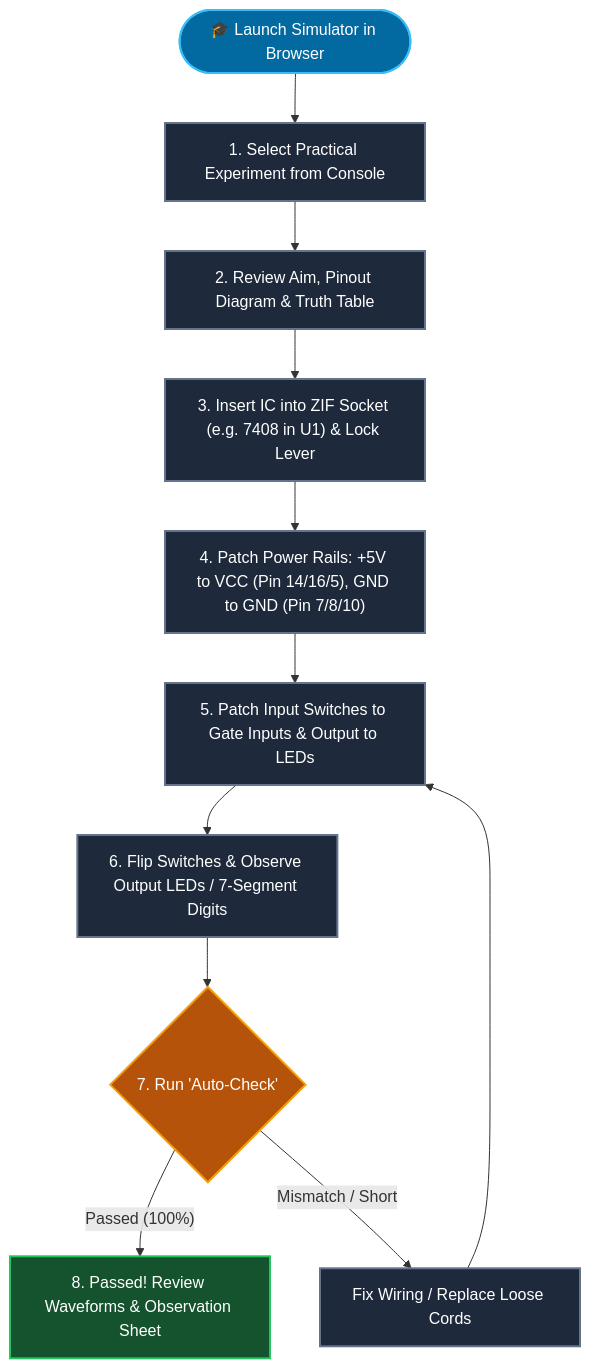
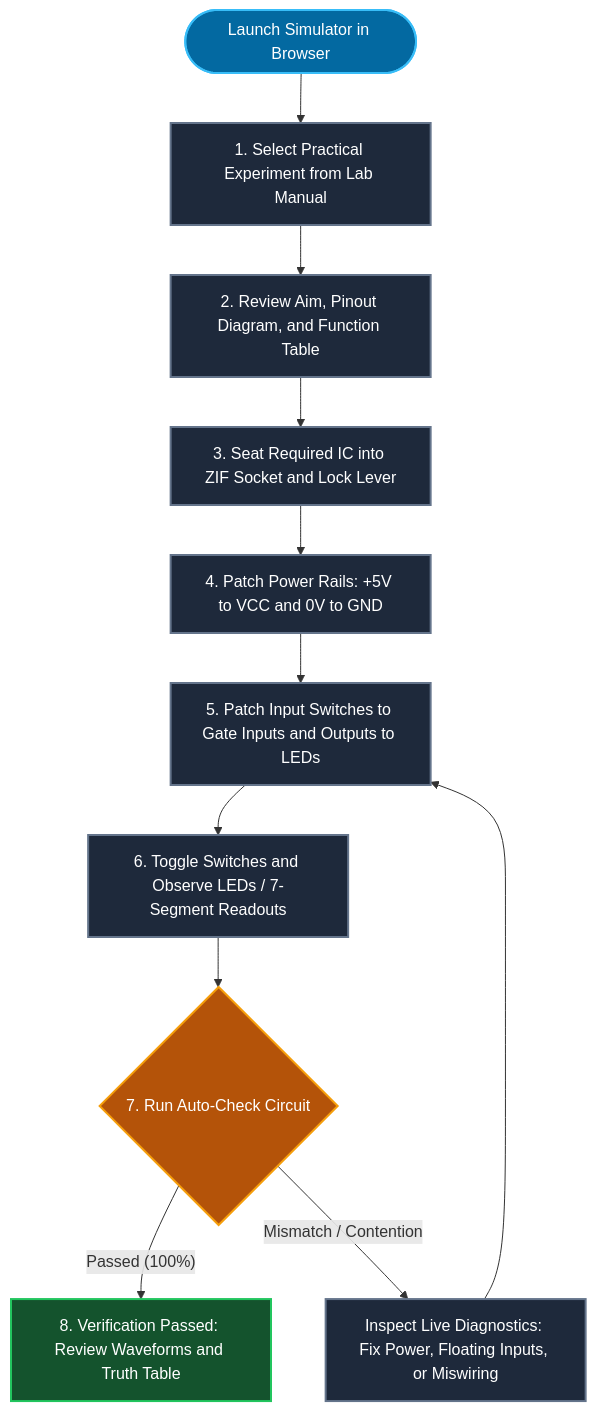
One commit to AdityaSurse/DS-simulations changed the second of 7 diagrams in README.md. Above: the diagram before and after it, drawn with Mermaid. The commit also changed other lines of this file, not shown here.

Commit message:
docs: remove emojis and structure README with comprehensive technical flowcharts

````diff
--- a/README.md
+++ b/README.md
@@ -109,22 +83,22 @@
 ```mermaid
 flowchart TD
     classDef start fill:#0369a1,stroke:#38bdf8,stroke-width:2px,color:#ffffff;
     classDef step fill:#1e293b,stroke:#64748b,stroke-width:2px,color:#ffffff;
     classDef check fill:#b45309,stroke:#f59e0b,stroke-width:2px,color:#ffffff;
     classDef success fill:#14532d,stroke:#22c55e,stroke-width:2px,color:#ffffff;
 
-    Start(["🎓 Launch Simulator in Browser"]):::start
-    PickExp["1. Select Practical Experiment from Console"]:::step
-    ReadAim["2. Review Aim, Pinout Diagram & Truth Table"]:::step
-    InsertIC["3. Insert IC into ZIF Socket (e.g. 7408 in U1) & Lock Lever"]:::step
-    PowerWire["4. Patch Power Rails: +5V to VCC (Pin 14/16/5), GND to GND (Pin 7/8/10)"]:::step
-    LogicWire["5. Patch Input Switches to Gate Inputs & Output to LEDs"]:::step
-    TestInputs["6. Flip Switches & Observe Output LEDs / 7-Segment Digits"]:::step
-    VerifyClick{"7. Run 'Auto-Check'"}:::check
-    AutoPassed["8. Passed! Review Waveforms & Observation Sheet"]:::success
-    DebugLoop["Fix Wiring / Replace Loose Cords"]:::step
+    Start(["Launch Simulator in Browser"]):::start
+    PickExp["1. Select Practical Experiment from Lab Manual"]:::step
+    ReadAim["2. Review Aim, Pinout Diagram, and Function Table"]:::step
+    InsertIC["3. Seat Required IC into ZIF Socket and Lock Lever"]:::step
+    PowerWire["4. Patch Power Rails: +5V to VCC and 0V to GND"]:::step
+    LogicWire["5. Patch Input Switches to Gate Inputs and Outputs to LEDs"]:::step
+    TestInputs["6. Toggle Switches and Observe LEDs / 7-Segment Readouts"]:::step
+    VerifyClick{"7. Run Auto-Check Circuit"}:::check
+    AutoPassed["8. Verification Passed: Review Waveforms and Truth Table"]:::success
+    DebugLoop["Inspect Live Diagnostics: Fix Power, Floating Inputs, or Miswiring"]:::step
 
     Start --> PickExp --> ReadAim --> InsertIC --> PowerWire --> LogicWire --> TestInputs --> VerifyClick
     VerifyClick -- "Passed (100%)" --> AutoPassed
-    VerifyClick -- "Mismatch / Short" --> DebugLoop --> LogicWire
+    VerifyClick -- "Mismatch / Contention" --> DebugLoop --> LogicWire
 ```
````
